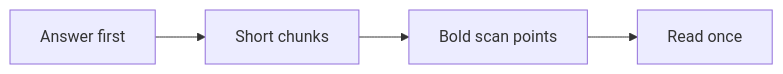
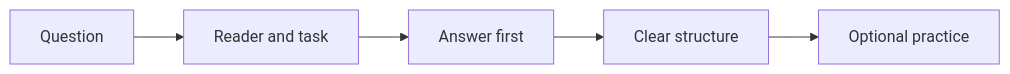
One commit to MorrisHannessen/how-to-read changed the diagram in README.md. Above: the diagram before and after it, drawn with Mermaid. The commit also changed other lines of this file and 17 other files, not shown here.

````diff
--- a/README.md
+++ b/README.md
@@ -15,6 +15,7 @@
 ```mermaid
 flowchart LR
-    A[Answer first] --> B[Short chunks]
-    B --> C[Bold scan points]
-    C --> D[Read once]
+    A[Question] --> B[Reader and task]
+    B --> C[Answer first]
+    C --> D[Clear structure]
+    D --> E[Optional practice]
 ```
````
